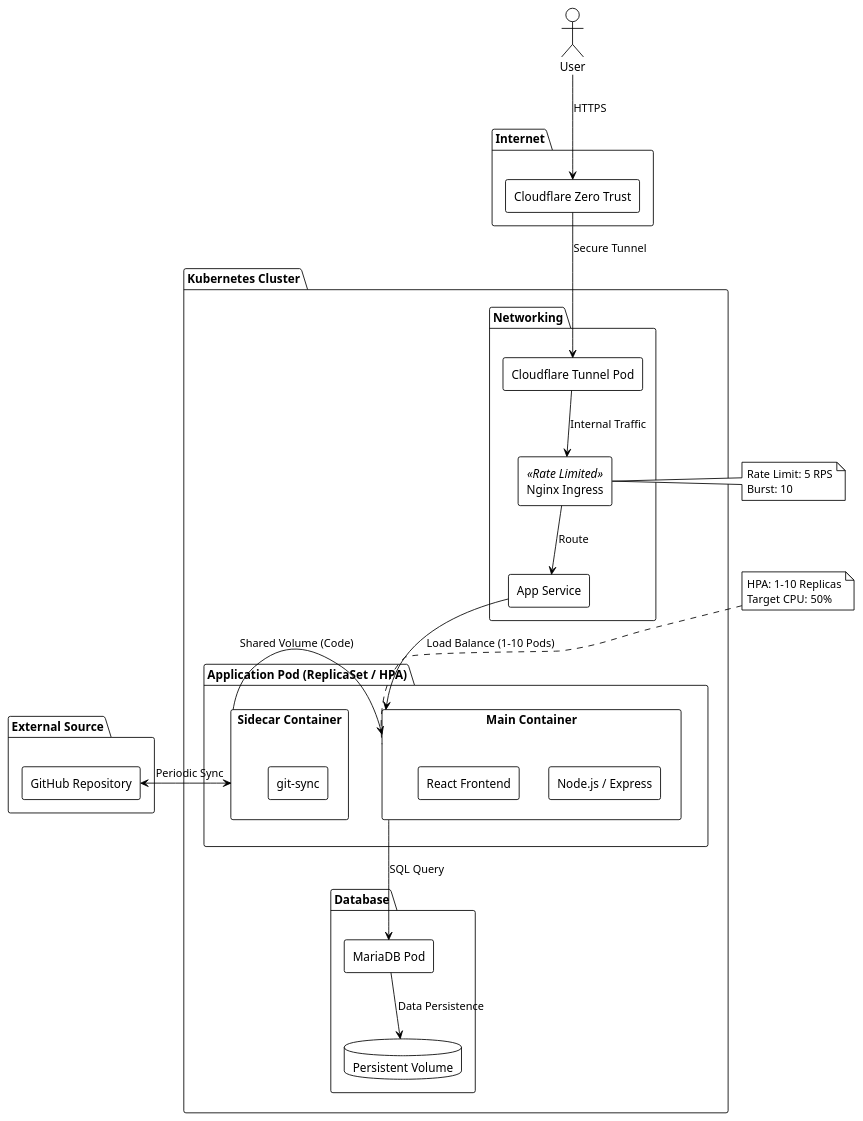
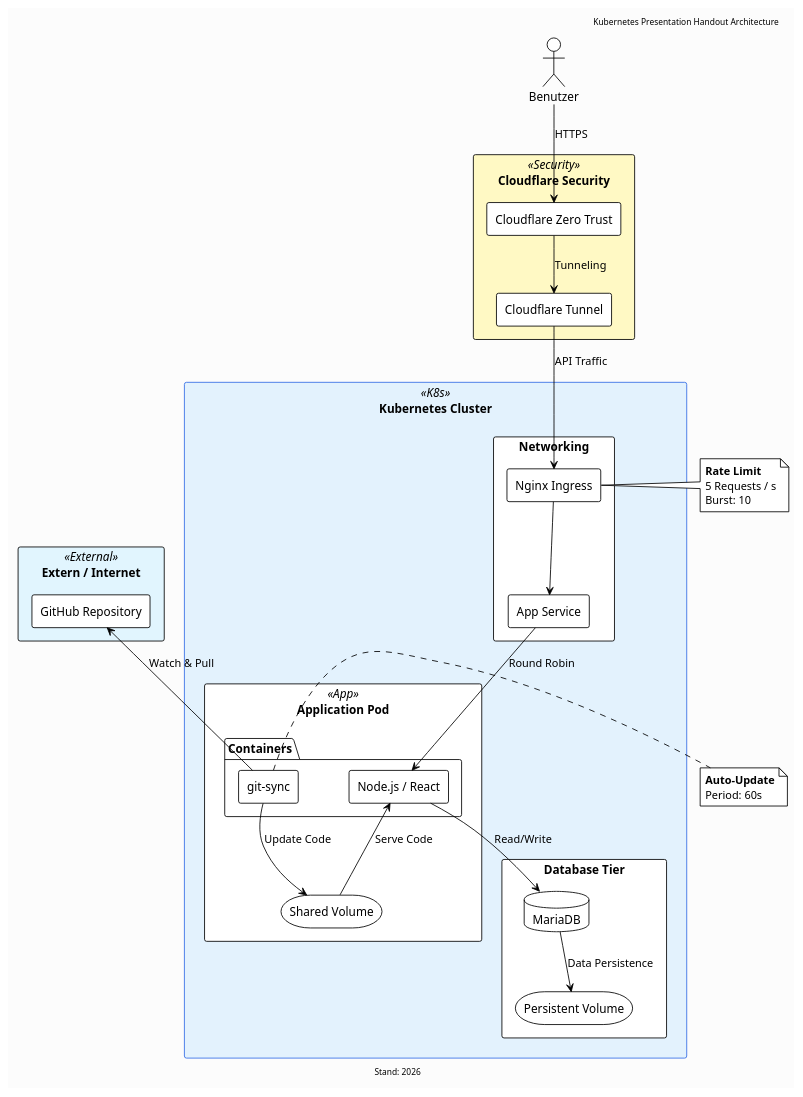
Before and after one commit to Lukas204/K8SPresentationWebsite: the diagram in architecture.puml, drawn with PlantUML. The commit also changed 2 other files, not shown here.

Commit message:
auto update fix, repo link and better diagram

```diff
--- a/architecture.puml
+++ b/architecture.puml
@@ -1,60 +1,78 @@
 @startuml
 !theme plain
 skinparam componentStyle rectangle
+skinparam backgroundColor #fcfcfc
+skinparam Nodesep 60
+skinparam Ranksep 50
 
-actor "User" as user
-
-package "Internet" {
-    [Cloudflare Zero Trust] as cf
+' Colors & Styles
+skinparam rectangle {
+    BackgroundColor<<External>> #e1f5fe
+    BackgroundColor<<Security>> #fff9c4
+    BackgroundColor<<K8s>> #e3f2fd
+    BackgroundColor<<App>> #ffffff
+    BorderColor<<K8s>> #326CE5
 }
 
-package "Kubernetes Cluster" {
-    package "Networking" {
-        [Cloudflare Tunnel Pod] as tunnel
-        [Nginx Ingress] as ingress <<Rate Limited>>
-        [App Service] as svc
+header Kubernetes Presentation Handout Architecture
+footer Stand: 2026
+
+actor "Benutzer" as user #white
+
+rectangle "Extern / Internet" <<External>> {
+    [GitHub Repository] as git #white
+}
+
+rectangle "Cloudflare Security" <<Security>> {
+    [Cloudflare Zero Trust] as cf
+    [Cloudflare Tunnel] as tunnel
+}
+
+rectangle "Kubernetes Cluster" <<K8s>> {
+    
+    rectangle "Networking" {
+        [Nginx Ingress] as ingress #white
+        [App Service] as svc #white
     }
 
-    package "Application Pod (ReplicaSet / HPA)" {
-        component "Main Container" as app {
-            [Node.js / Express]
-            [React Frontend]
+    rectangle "Application Pod" <<App>> {
+        package "Containers" {
+            [Node.js / React] as app #white
+            [git-sync] as gitsync #white
         }
-        component "Sidecar Container" as gitsync {
-            [git-sync]
-        }
+        storage "Shared Volume" as shared
     }
 
-    package "Database" {
-        [MariaDB Pod] as db
-        database "Persistent Volume" as pvc
+    rectangle "Database Tier" {
+        database "MariaDB" as db #white
+        storage "Persistent Volume" as pvc #white
     }
 }
 
-package "External Source" {
-    [GitHub Repository] as git
-}
+' Relations
+user -down-> cf : HTTPS
+cf -down-> tunnel : Tunneling
+tunnel -down-> ingress : API Traffic
 
-user --> cf : HTTPS
-cf --> tunnel : Secure Tunnel
-tunnel --> ingress : Internal Traffic
-ingress --> svc : Route
-svc --> app : Load Balance (1-10 Pods)
+ingress -down-> svc
+svc -down-> app : Round Robin
 
-gitsync <-left-> git : Periodic Sync
-gitsync -right-> app : Shared Volume (Code)
+gitsync -up-> git : Watch & Pull
+gitsync -down-> shared : Update Code
+shared -up-> app : Serve Code
 
-app --> db : SQL Query
+app -down-> db : Read/Write
 db -down-> pvc : Data Persistence
 
 note right of ingress
-  Rate Limit: 5 RPS
+  <b>Rate Limit</b>
+  5 Requests / s
   Burst: 10
 end note
 
-note top of app
-  HPA: 1-10 Replicas
-  Target CPU: 50%
+note right of gitsync
+  <b>Auto-Update</b>
+  Period: 60s
 end note
 
 @enduml
```
